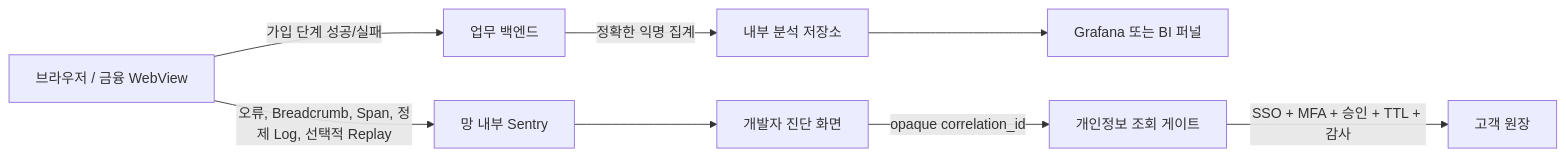
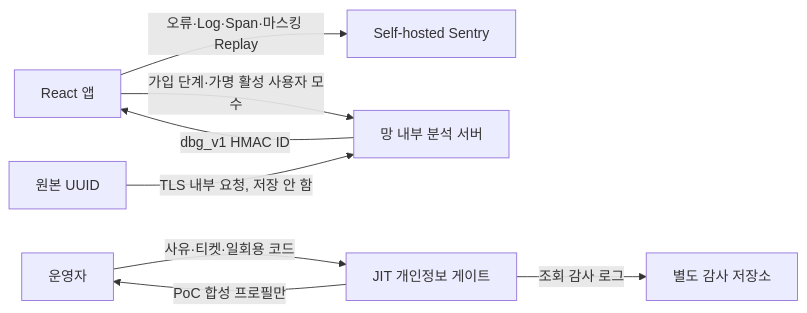
One commit to KumJungMin/sentry-closed-network-poc changed the diagram in docs/10-frontend-observability-design.md. Above: the diagram before and after it, drawn with Mermaid. The commit also changed other lines of this file and 7 other files, not shown here.

````diff
--- a/docs/10-frontend-observability-design.md
+++ b/docs/10-frontend-observability-design.md
@@ -22,10 +22,10 @@
 ```mermaid
 flowchart LR
-    A[브라우저 / 금융 WebView] -->|오류, Breadcrumb, Span, 정제 Log, 선택적 Replay| B[망 내부 Sentry]
-    A -->|가입 단계 성공/실패| C[업무 백엔드]
-    C -->|정확한 익명 집계| D[내부 분석 저장소]
-    B --> E[개발자 진단 화면]
-    D --> F[Grafana 또는 BI 퍼널]
-    E -->|opaque correlation_id| G[개인정보 조회 게이트]
-    G -->|SSO + MFA + 승인 + TTL + 감사| H[고객 원장]
+    A[React 앱] -->|오류·Log·Span·마스킹 Replay| B[Self-hosted Sentry]
+    A -->|가입 단계·가명 활성 사용자 모수| C[망 내부 분석 서버]
+    D[원본 UUID] -->|TLS 내부 요청, 저장 안 함| C
+    C -->|dbg_v1 HMAC ID| A
+    E[운영자] -->|사유·티켓·일회용 코드| F[JIT 개인정보 게이트]
+    F -->|PoC 합성 프로필만| E
+    F -->|조회 감사 로그| G[별도 감사 저장소]
 ```
````
